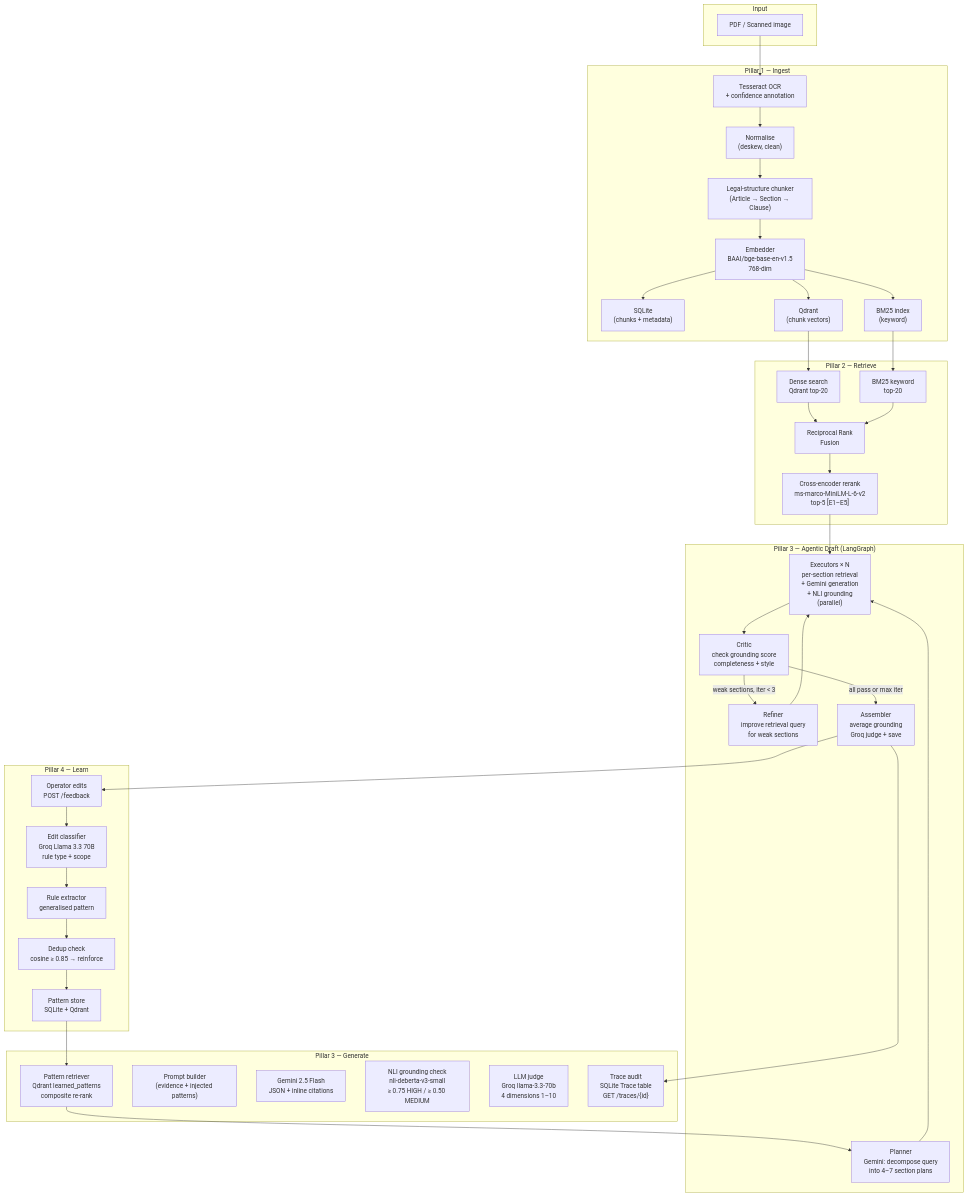
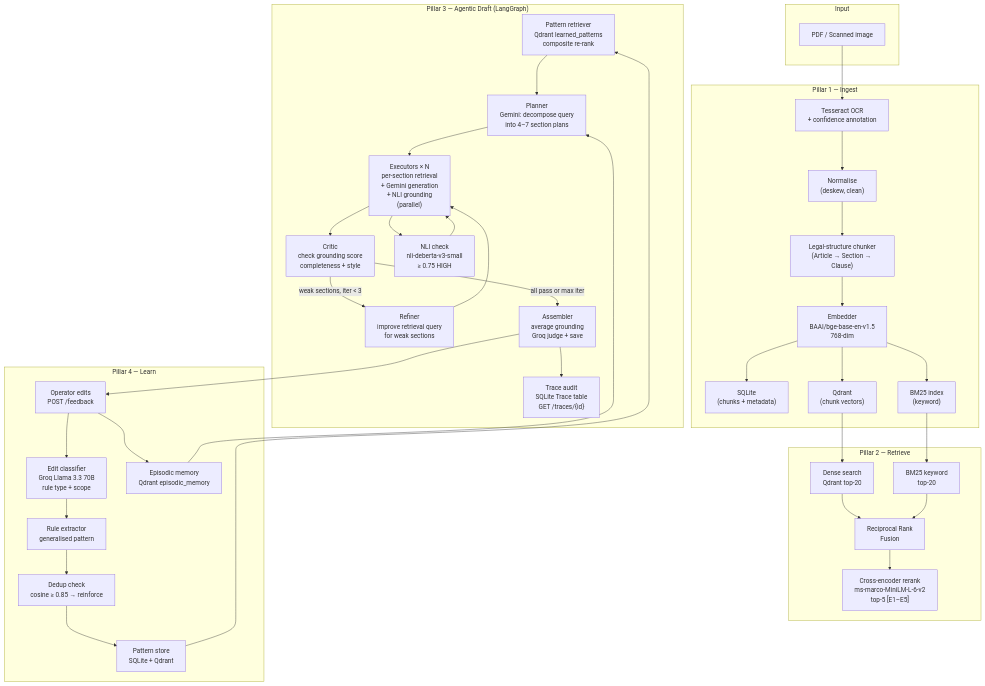
One commit to sakibul-shovon/psl-system changed the diagram in README.md. Above: the diagram before and after it, drawn with Mermaid. The commit also changed other lines of this file and 18 other files, not shown here.

````diff
--- a/README.md
+++ b/README.md
@@ -48,64 +37,59 @@
 ```mermaid
 flowchart TD
     subgraph INPUT["Input"]
         PDF["PDF / Scanned image"]
     end
 
     subgraph PILLAR1["Pillar 1 — Ingest"]
         OCR["Tesseract OCR\n+ confidence annotation"]
         NORM["Normalise\n(deskew, clean)"]
         CHUNK["Legal-structure chunker\n(Article → Section → Clause)"]
         EMBED["Embedder\nBAAI/bge-base-en-v1.5\n768-dim"]
         STORE_S["SQLite\n(chunks + metadata)"]
         STORE_Q["Qdrant\n(chunk vectors)"]
         STORE_B["BM25 index\n(keyword)"]
     end
 
     subgraph PILLAR2["Pillar 2 — Retrieve"]
         DENSE["Dense search\nQdrant top-20"]
         BM25["BM25 keyword\ntop-20"]
         RRF["Reciprocal Rank\nFusion"]
         RERANK["Cross-encoder rerank\nms-marco-MiniLM-L-6-v2\ntop-5 [E1–E5]"]
     end
 
-    subgraph PILLAR3["Pillar 3 — Generate"]
+    subgraph AGENT["Pillar 3 — Agentic Draft (LangGraph)"]
         PATS["Pattern retriever\nQdrant learned_patterns\ncomposite re-rank"]
-        PROMPT["Prompt builder\n(evidence + injected patterns)"]
-        GEM["Gemini 2.5 Flash\nJSON + inline citations"]
-        NLI["NLI grounding check\nnli-deberta-v3-small\n≥ 0.75 HIGH / ≥ 0.50 MEDIUM"]
-        JUDGE["LLM judge\nGroq llama-3.3-70b\n4 dimensions 1–10"]
+        PLAN["Planner\nGemini: decompose query\ninto 4–7 section plans"]
+        EXEC["Executors × N\nper-section retrieval\n+ Gemini generation\n+ NLI grounding\n(parallel)"]
+        CRIT["Critic\ncheck grounding score\ncompleteness + style"]
+        REF["Refiner\nimprove retrieval query\nfor weak sections"]
+        ASM["Assembler\naverage grounding\nGroq judge + save"]
+        NLI["NLI check\nnli-deberta-v3-small\n≥ 0.75 HIGH"]
         TRACE["Trace audit\nSQLite Trace table\nGET /traces/{id}"]
     end
 
     subgraph PILLAR4["Pillar 4 — Learn"]
         EDIT["Operator edits\nPOST /feedback"]
         CLASS["Edit classifier\nGroq Llama 3.3 70B\nrule type + scope"]
         EXTRACT["Rule extractor\ngeneralised pattern"]
         DEDUP["Dedup check\ncosine ≥ 0.85 → reinforce"]
         PAT_STORE["Pattern store\nSQLite + Qdrant"]
+        EPI["Episodic memory\nQdrant episodic_memory"]
     end
 
     PDF --> OCR --> NORM --> CHUNK --> EMBED
     EMBED --> STORE_S & STORE_Q & STORE_B
-
     STORE_Q --> DENSE
     STORE_B --> BM25
     DENSE & BM25 --> RRF --> RERANK
 
-    RERANK --> EXEC
     PAT_STORE --> PATS
-
-    subgraph AGENT["Pillar 3 — Agentic Draft (LangGraph)"]
-        PLAN["Planner\nGemini: decompose query\ninto 4–7 section plans"]
-        EXEC["Executors × N\nper-section retrieval\n+ Gemini generation\n+ NLI grounding\n(parallel)"]
-        CRIT["Critic\ncheck grounding score\ncompleteness + style"]
-        REF["Refiner\nimprove retrieval query\nfor weak sections"]
-        ASM["Assembler\naverage grounding\nGroq judge + save"]
-    end
-
-    PATS --> PLAN --> EXEC --> CRIT
+    EPI --> PLAN
+    PATS --> PLAN --> EXEC --> NLI --> EXEC
+    EXEC --> CRIT
     CRIT -- "weak sections, iter < 3" --> REF --> EXEC
     CRIT -- "all pass or max iter" --> ASM --> TRACE
 
     ASM --> EDIT --> CLASS --> EXTRACT --> DEDUP --> PAT_STORE
+    EDIT --> EPI
 ```
````
